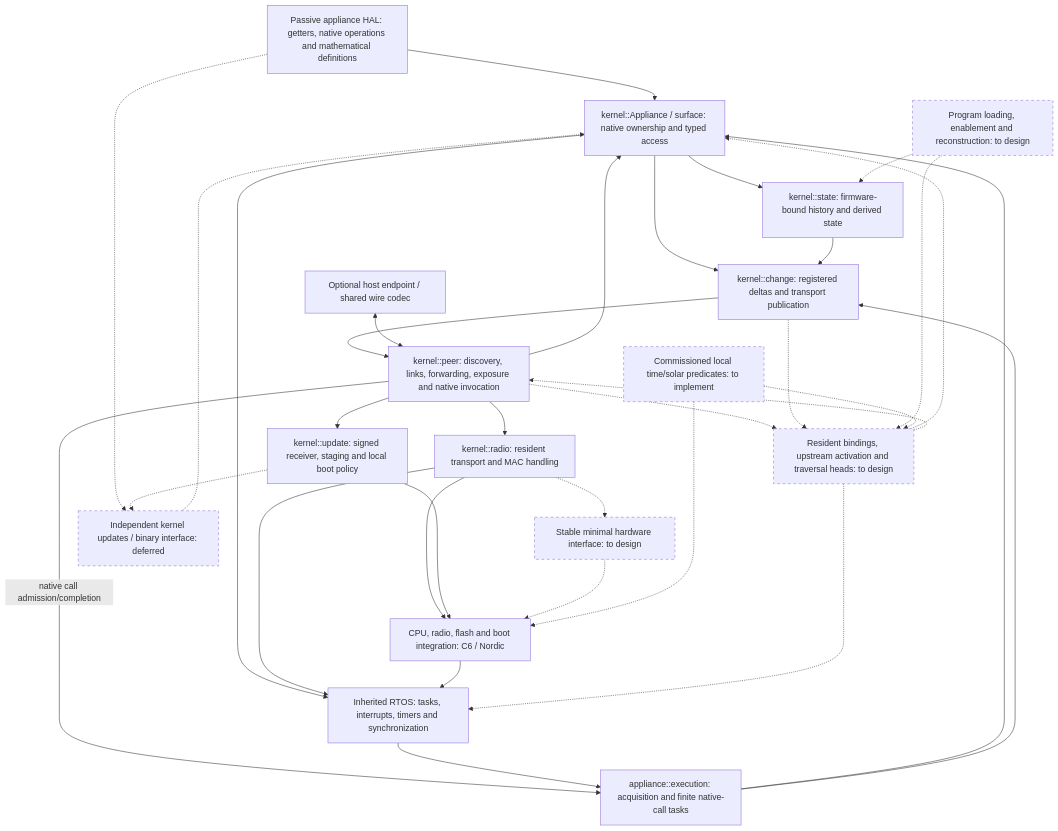
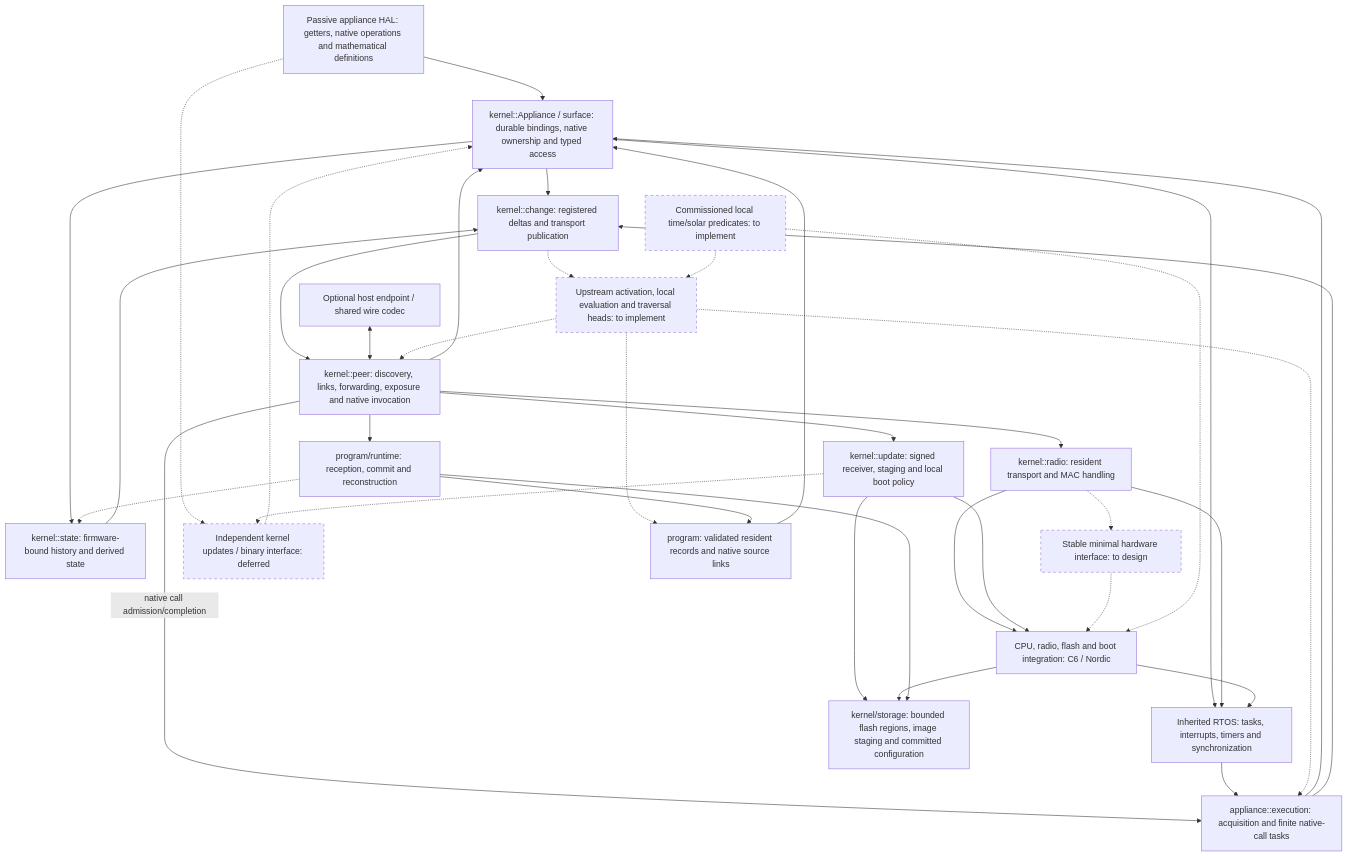
Before and after one commit to zacharytomlinson/lattice-vertex: the diagram in docs/KERNEL_DIRECTION.md, drawn with Mermaid. The commit also changed other lines of this file and 79 other files, not shown here.

Commit message:
perstistent program loading and wiring

````diff
--- a/docs/KERNEL_DIRECTION.md
+++ b/docs/KERNEL_DIRECTION.md
@@ -36,55 +40,61 @@
 ```mermaid
 flowchart TB
     firmware["Passive appliance HAL: getters, native operations and mathematical definitions"]
-    appliance["kernel::Appliance / surface: native ownership and typed access"]
+    appliance["kernel::Appliance / surface: durable bindings, native ownership and typed access"]
     observation["kernel::change: registered deltas and transport publication"]
     history["kernel::state: firmware-bound history and derived state"]
     peer["kernel::peer: discovery, links, forwarding, exposure and native invocation"]
     transport["kernel::radio: resident transport and MAC handling"]
     ports["CPU, radio, flash and boot integration: C6 / Nordic"]
     rtos["Inherited RTOS: tasks, interrupts, timers and synchronization"]
     host["Optional host endpoint / shared wire codec"]
     update["kernel::update: signed receiver, staging and local boot policy"]
+    storage["kernel/storage: bounded flash regions, image staging and committed configuration"]
     adapters["Stable minimal hardware interface: to design"]
     abi["Independent kernel updates / binary interface: deferred"]
     monitor["appliance::execution: acquisition and finite native-call tasks"]
-    programs["Resident bindings, upstream activation and traversal heads: to design"]
-    installer["Program loading, enablement and reconstruction: to design"]
+    programs["program: validated resident records and native source links"]
+    traversal["Upstream activation, local evaluation and traversal heads: to implement"]
+    installer["program/runtime: reception, commit and reconstruction"]
     time["Commissioned local time/solar predicates: to implement"]
 
     firmware --> appliance
     firmware -.-> abi
     abi -.-> appliance
     appliance --> observation
     appliance --> history
     history --> observation
     observation --> peer
     peer --> appliance
     peer -->|native call admission/completion| monitor
     peer --> transport
     transport --> ports
     appliance --> rtos
     transport --> rtos
     ports --> rtos
     host <--> peer
     peer --> update
     update --> ports
+    update --> storage
+    ports --> storage
     update -.-> abi
     transport -.-> adapters
     adapters -.-> ports
     rtos --> monitor
     monitor --> appliance
     monitor --> observation
-    peer -.-> programs
-    observation -.-> programs
-    programs -.-> appliance
-    programs -.-> peer
-    programs -.-> rtos
-    installer -.-> programs
+    peer --> installer
+    observation -.-> traversal
+    programs --> appliance
+    traversal -.-> programs
+    traversal -.-> peer
+    traversal -.-> monitor
+    installer --> programs
     installer -.-> history
-    time -.-> programs
+    installer --> storage
+    time -.-> traversal
     time -.-> ports
 
     classDef planned stroke-dasharray: 5 5;
-    class adapters,abi,programs,installer,time planned;
+    class adapters,abi,traversal,time planned;
 ```
````
